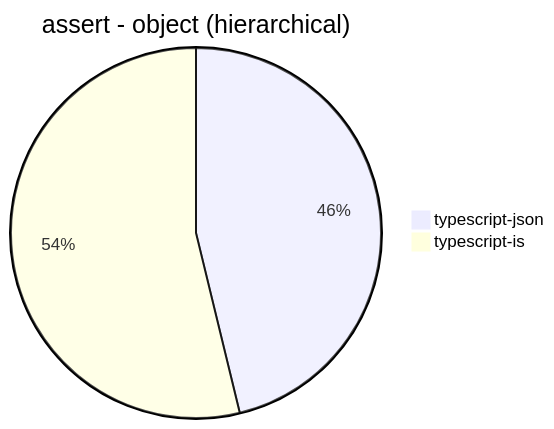
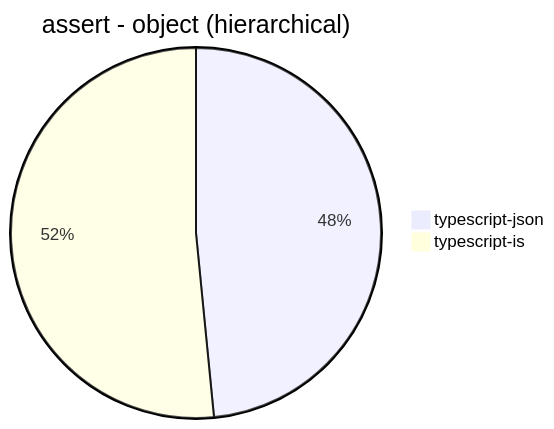
Before and after one commit to samchon/typia: the first of 30 diagrams in benchmark/results/Apple M1.md, drawn with Mermaid. The commit also changed other lines of this file, not shown here.

````diff
--- a/benchmark/results/Apple M1.md
+++ b/benchmark/results/Apple M1.md
@@ -17,5 +18,5 @@
 ```mermaid
 pie title assert - object (hierarchical)
-  "typescript-json": 24131.09425785482
-  "typescript-is": 28101.877164206304
+  "typescript-json": 26601.62748643761
+  "typescript-is": 28306.6814732556
 ```
````
